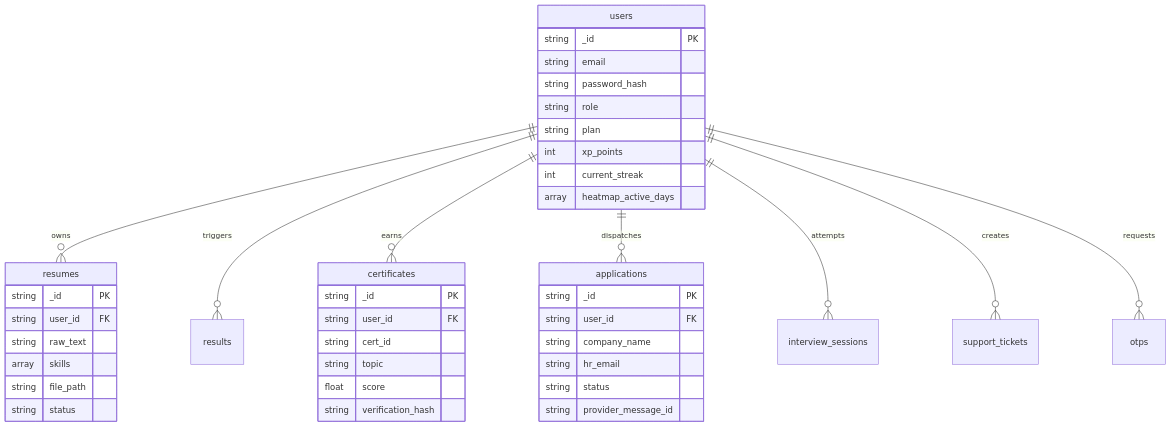
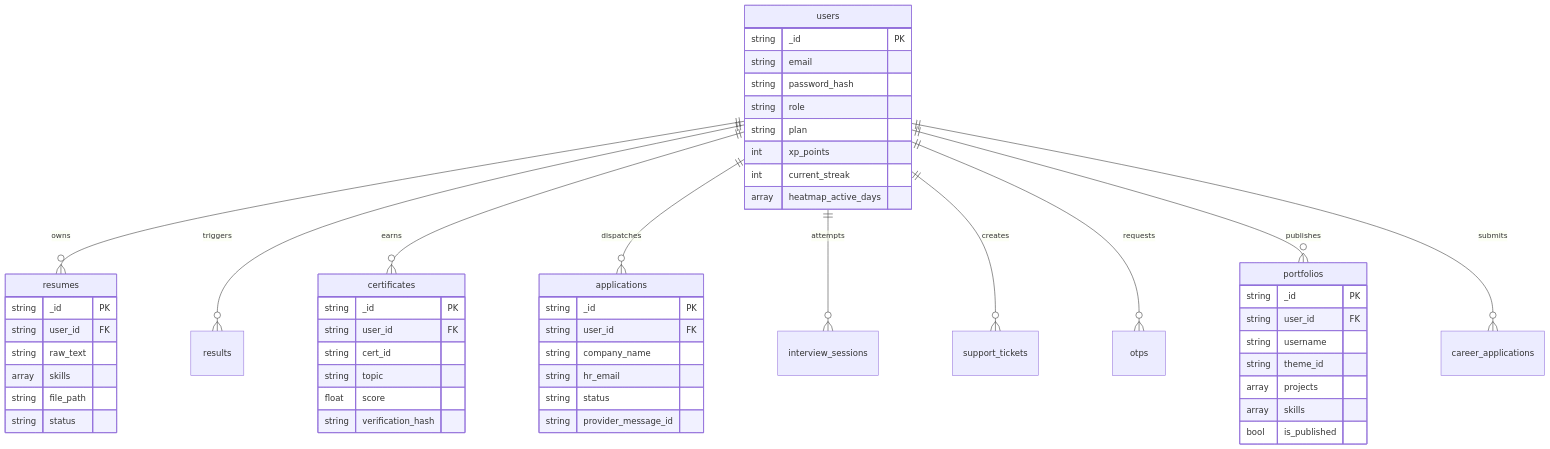
The second of 3 diagrams in README.md (agrawalrohit937/Resume-Screening-System), drawn with Mermaid before and after one commit. The commit also changed other lines of this file and 20 other files, not shown here.

````diff
--- a/README.md
+++ b/README.md
@@ -152,48 +233,60 @@
 ```mermaid
 erDiagram
     users ||--o{ resumes : owns
     users ||--o{ results : triggers
     users ||--o{ certificates : earns
     users ||--o{ applications : dispatches
     users ||--o{ interview_sessions : attempts
     users ||--o{ support_tickets : creates
     users ||--o{ otps : requests
+    users ||--o{ portfolios : publishes
+    users ||--o{ career_applications : submits
     
     users {
         string _id PK
         string email
         string password_hash
         string role
         string plan
         int xp_points
         int current_streak
         array heatmap_active_days
     }
     
     resumes {
         string _id PK
         string user_id FK
         string raw_text
         array skills
         string file_path
         string status
     }
     
-    certificates {
+    portfolios {
         string _id PK
         string user_id FK
-        string cert_id
-        string topic
-        float score
-        string verification_hash
+        string username
+        string theme_id
+        array projects
+        array skills
+        bool is_published
     }
 
     applications {
         string _id PK
         string user_id FK
         string company_name
         string hr_email
         string status
         string provider_message_id
     }
+
+    certificates {
+        string _id PK
+        string user_id FK
+        string cert_id
+        string topic
+        float score
+        string verification_hash
+    }
 ```
````
